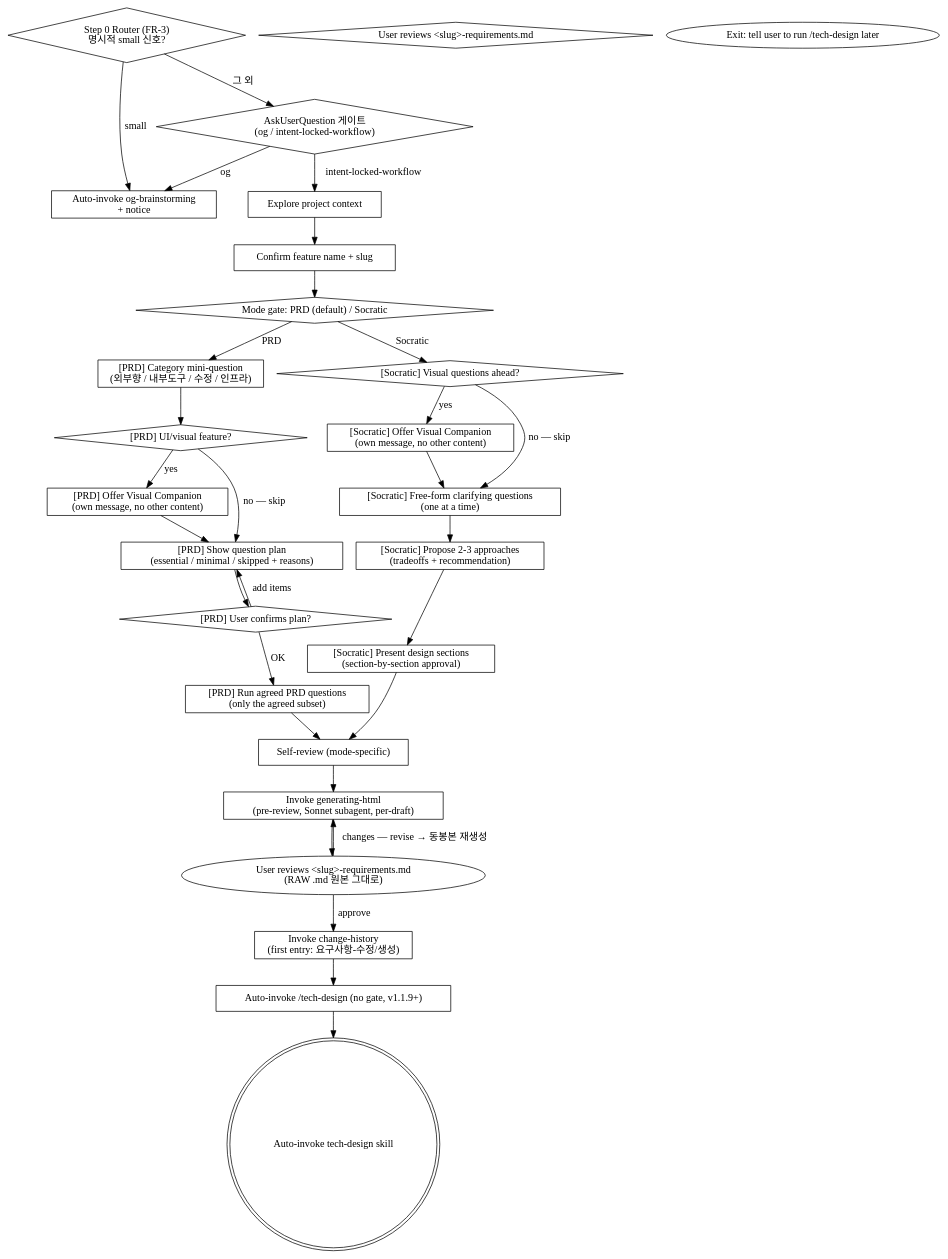
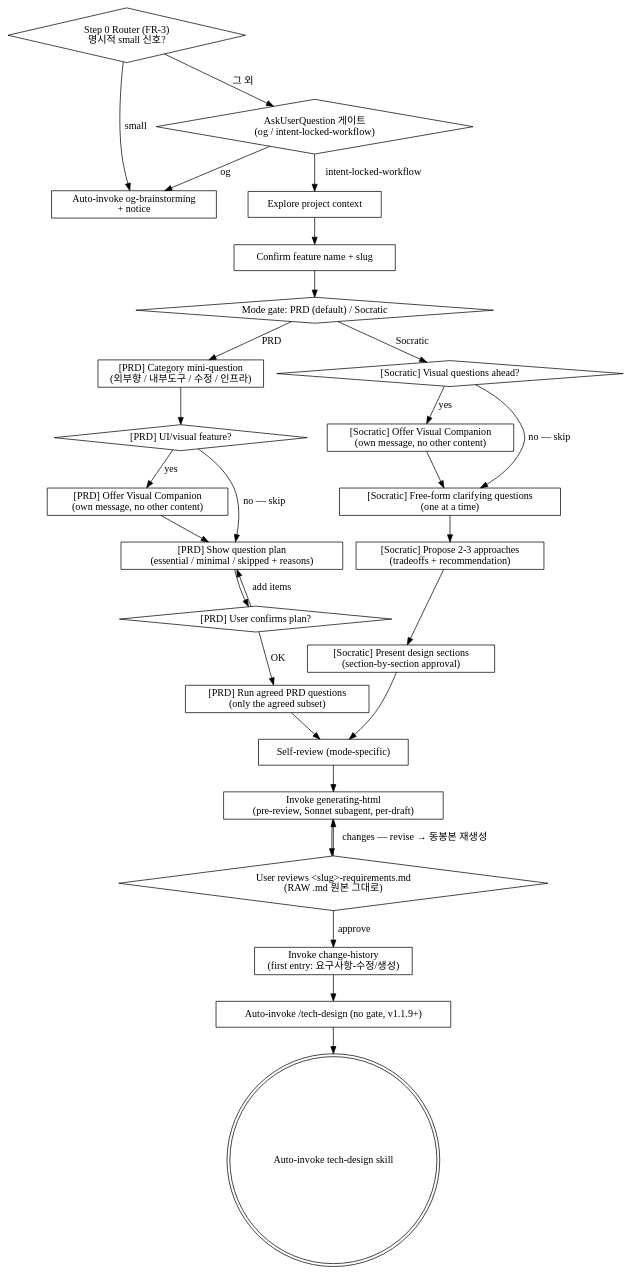
The diagram in skills/brainstorming/SKILL.md (deokjinlog/intent-locked-workflow), drawn with Graphviz before and after one commit.

Commit message:
fix: brainstorming digraph — 내가 낸 노드 분열 + 도달 불가 노드 1개
- 노드 선언을 안 고치고 엣지 라벨만 고쳐서 그래프가 두 노드로 갈라져 있었다
  ('User reviews ...' 선언 vs 'User reviews ...\n(RAW .md 원본 그대로)' 엣지).
  선언을 엣지에 맞춤

- 'Exit: tell user to run /tech-design later' 노드 삭제
  v1.1.9+ 가 tech-design 을 게이트 없이 자동 invoke 하도록 바꾸면서
  이 출구로 가는 분기가 사라졌다. 들어오는 엣지 0개 = 도달 불가.
  레포 전체에 다른 참조도 0건

고아노드·미선언노드 0 확인.

````diff
--- a/skills/brainstorming/SKILL.md
+++ b/skills/brainstorming/SKILL.md
@@ -121,63 +121,62 @@
 ```dot
 digraph brainstorm_flow {
     "Step 0 Router (FR-3)\n명시적 small 신호?" [shape=diamond];
     "Auto-invoke og-brainstorming\n+ notice" [shape=box];
     "AskUserQuestion 게이트\n(og / intent-locked-workflow)" [shape=diamond];
     "Explore project context" [shape=box];
     "Confirm feature name + slug" [shape=box];
     "Mode gate: PRD (default) / Socratic" [shape=diamond];
 
     "[PRD] Category mini-question\n(외부향 / 내부도구 / 수정 / 인프라)" [shape=box];
     "[PRD] UI/visual feature?" [shape=diamond];
     "[PRD] Offer Visual Companion\n(own message, no other content)" [shape=box];
     "[PRD] Show question plan\n(essential / minimal / skipped + reasons)" [shape=box];
     "[PRD] User confirms plan?" [shape=diamond];
     "[PRD] Run agreed PRD questions\n(only the agreed subset)" [shape=box];
 
     "[Socratic] Visual questions ahead?" [shape=diamond];
     "[Socratic] Offer Visual Companion\n(own message, no other content)" [shape=box];
     "[Socratic] Free-form clarifying questions\n(one at a time)" [shape=box];
     "[Socratic] Propose 2-3 approaches\n(tradeoffs + recommendation)" [shape=box];
     "[Socratic] Present design sections\n(section-by-section approval)" [shape=box];
 
     "Self-review (mode-specific)" [shape=box];
-    "User reviews <slug>-requirements.md" [shape=diamond];
+    "User reviews <slug>-requirements.md\n(RAW .md 원본 그대로)" [shape=diamond];
     "Invoke generating-html\n(pre-review, Sonnet subagent, per-draft)" [shape=box];
     "Invoke change-history\n(first entry: 요구사항-수정/생성)" [shape=box];
     "Auto-invoke /tech-design (no gate, v1.1.9+)" [shape=box];
     "Auto-invoke tech-design skill" [shape=doublecircle];
-    "Exit: tell user to run /tech-design later" [shape=oval];
 
     "Step 0 Router (FR-3)\n명시적 small 신호?" -> "Auto-invoke og-brainstorming\n+ notice" [label="small"];
     "Step 0 Router (FR-3)\n명시적 small 신호?" -> "AskUserQuestion 게이트\n(og / intent-locked-workflow)" [label="그 외"];
     "AskUserQuestion 게이트\n(og / intent-locked-workflow)" -> "Auto-invoke og-brainstorming\n+ notice" [label="og"];
     "AskUserQuestion 게이트\n(og / intent-locked-workflow)" -> "Explore project context" [label="intent-locked-workflow"];
     "Explore project context" -> "Confirm feature name + slug";
     "Confirm feature name + slug" -> "Mode gate: PRD (default) / Socratic";
 
     "Mode gate: PRD (default) / Socratic" -> "[PRD] Category mini-question\n(외부향 / 내부도구 / 수정 / 인프라)" [label="PRD"];
     "[PRD] Category mini-question\n(외부향 / 내부도구 / 수정 / 인프라)" -> "[PRD] UI/visual feature?";
     "[PRD] UI/visual feature?" -> "[PRD] Offer Visual Companion\n(own message, no other content)" [label="yes"];
     "[PRD] UI/visual feature?" -> "[PRD] Show question plan\n(essential / minimal / skipped + reasons)" [label="no — skip"];
     "[PRD] Offer Visual Companion\n(own message, no other content)" -> "[PRD] Show question plan\n(essential / minimal / skipped + reasons)";
     "[PRD] Show question plan\n(essential / minimal / skipped + reasons)" -> "[PRD] User confirms plan?";
     "[PRD] User confirms plan?" -> "[PRD] Show question plan\n(essential / minimal / skipped + reasons)" [label="add items"];
     "[PRD] User confirms plan?" -> "[PRD] Run agreed PRD questions\n(only the agreed subset)" [label="OK"];
     "[PRD] Run agreed PRD questions\n(only the agreed subset)" -> "Self-review (mode-specific)";
 
     "Mode gate: PRD (default) / Socratic" -> "[Socratic] Visual questions ahead?" [label="Socratic"];
     "[Socratic] Visual questions ahead?" -> "[Socratic] Offer Visual Companion\n(own message, no other content)" [label="yes"];
     "[Socratic] Visual questions ahead?" -> "[Socratic] Free-form clarifying questions\n(one at a time)" [label="no — skip"];
     "[Socratic] Offer Visual Companion\n(own message, no other content)" -> "[Socratic] Free-form clarifying questions\n(one at a time)";
     "[Socratic] Free-form clarifying questions\n(one at a time)" -> "[Socratic] Propose 2-3 approaches\n(tradeoffs + recommendation)";
     "[Socratic] Propose 2-3 approaches\n(tradeoffs + recommendation)" -> "[Socratic] Present design sections\n(section-by-section approval)";
     "[Socratic] Present design sections\n(section-by-section approval)" -> "Self-review (mode-specific)";
 
     "Self-review (mode-specific)" -> "Invoke generating-html\n(pre-review, Sonnet subagent, per-draft)";
     "Invoke generating-html\n(pre-review, Sonnet subagent, per-draft)" -> "User reviews <slug>-requirements.md\n(RAW .md 원본 그대로)";
     "User reviews <slug>-requirements.md\n(RAW .md 원본 그대로)" -> "Invoke generating-html\n(pre-review, Sonnet subagent, per-draft)" [label="changes — revise → 동봉본 재생성"];
     "User reviews <slug>-requirements.md\n(RAW .md 원본 그대로)" -> "Invoke change-history\n(first entry: 요구사항-수정/생성)" [label="approve"];
     "Invoke change-history\n(first entry: 요구사항-수정/생성)" -> "Auto-invoke /tech-design (no gate, v1.1.9+)";
     "Auto-invoke /tech-design (no gate, v1.1.9+)" -> "Auto-invoke tech-design skill";
 }
 ```
````
